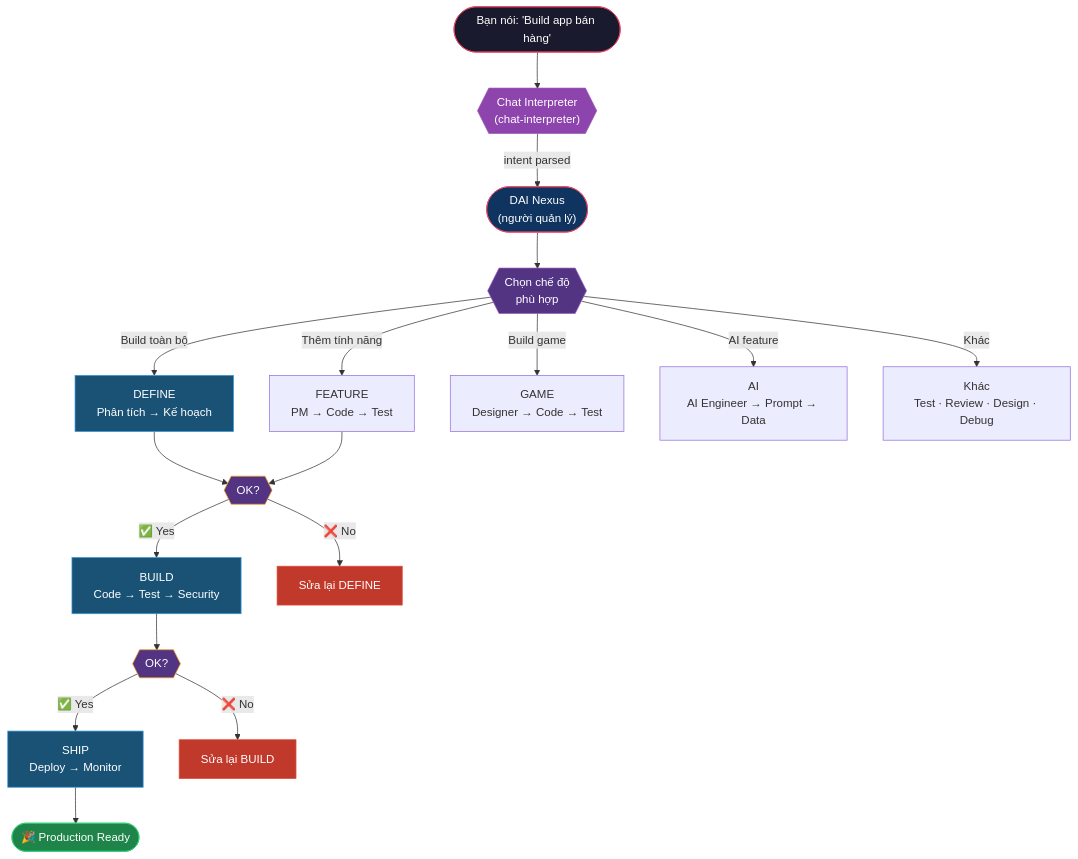
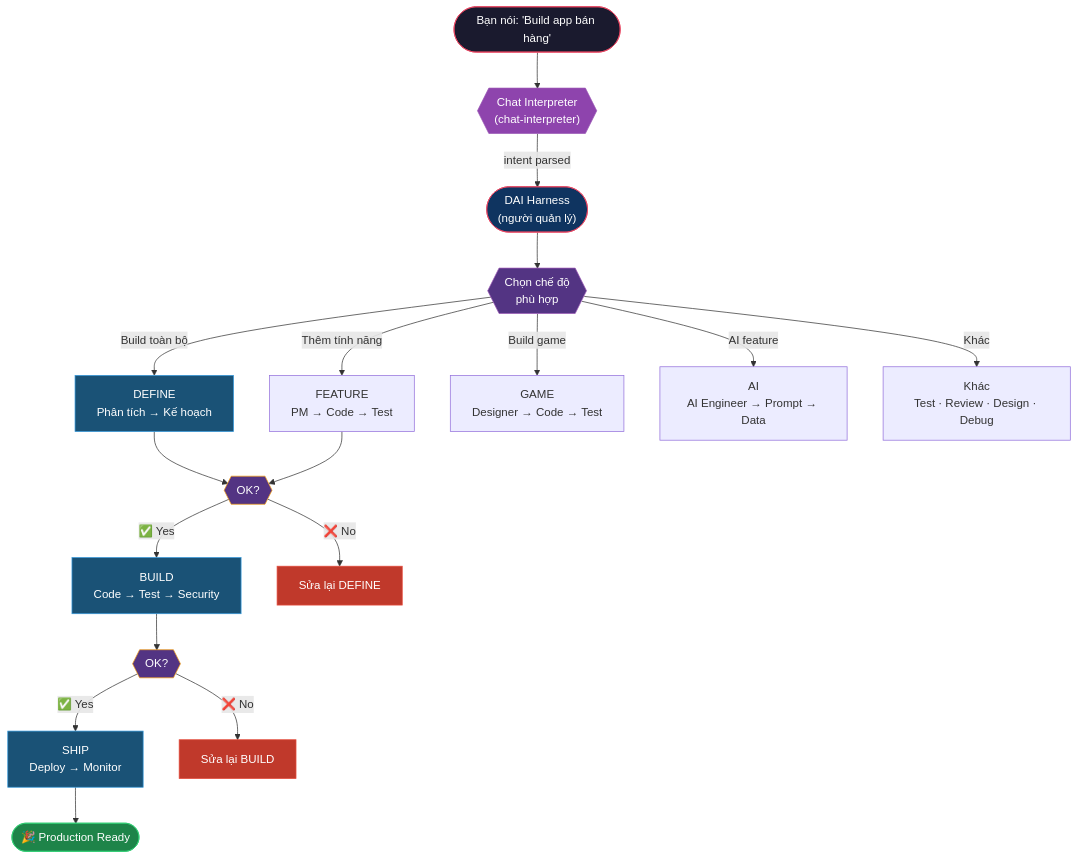
One commit to Exia-thd/DAI-harness changed the third of 15 diagrams in README.vi.md. Above: the diagram before and after it, drawn with Mermaid. The commit also changed other lines of this file and 973 other files, not shown here.

````diff
--- a/README.vi.md
+++ b/README.vi.md
@@ -258,39 +258,39 @@
 ```mermaid
 flowchart TD
     START(["Bạn nói: 'Build app bán hàng'"])
     CHAT_INT{{"Chat Interpreter<br/>(chat-interpreter)"}}
-    ORCH(["DAI Nexus<br/>(người quản lý)"])
+    ORCH(["DAI Harness<br/>(người quản lý)"])
 
     START --> CHAT_INT
     CHAT_INT --> |"intent parsed"| ORCH
 
     ORCH --> MODE{{"Chọn chế độ<br/>phù hợp"}}
 
     MODE --> |"Build toàn bộ"| DEFINE["DEFINE<br/>Phân tích → Kế hoạch"]
     MODE --> |"Thêm tính năng"| FEATURE["FEATURE<br/>PM → Code → Test"]
     MODE --> |"Build game"| GAME["GAME<br/>Designer → Code → Test"]
     MODE --> |"AI feature"| AI["AI<br/>AI Engineer → Prompt → Data"]
     MODE --> |"Khác"| OTHER["Khác<br/>Test · Review · Design · Debug"]
 
     DEFINE --> GATE1{{"OK?"}}
     FEATURE --> GATE1
     GATE1 --> |"✅ Yes"| BUILD["BUILD<br/>Code → Test → Security"]
     GATE1 --> |"❌ No"| REV1["Sửa lại DEFINE"]
     BUILD --> GATE2{{"OK?"}}
     GATE2 --> |"✅ Yes"| SHIP["SHIP<br/>Deploy → Monitor"]
     GATE2 --> |"❌ No"| REV2["Sửa lại BUILD"]
     SHIP --> END(["🎉 Production Ready"])
 
     style START fill:#1a1a2e,stroke:#e94560,color:#fff
     style CHAT_INT fill:#8e44ad,stroke:#9b59b6,color:#fff
     style ORCH fill:#0f3460,stroke:#e94560,color:#fff
     style MODE fill:#533483,stroke:#9b59b6,color:#fff
     style GATE1 fill:#533483,stroke:#f39c12,color:#fff
     style GATE2 fill:#533483,stroke:#f39c12,color:#fff
     style END fill:#1e8449,stroke:#2ecc71,color:#fff
     style REV1 fill:#c0392b,stroke:#e74c3c,color:#fff
     style REV2 fill:#c0392b,stroke:#e74c3c,color:#fff
     style DEFINE fill:#1a5276,stroke:#3498db,color:#fff
     style BUILD fill:#1a5276,stroke:#3498db,color:#fff
     style SHIP fill:#1a5276,stroke:#3498db,color:#fff
 ```
````
